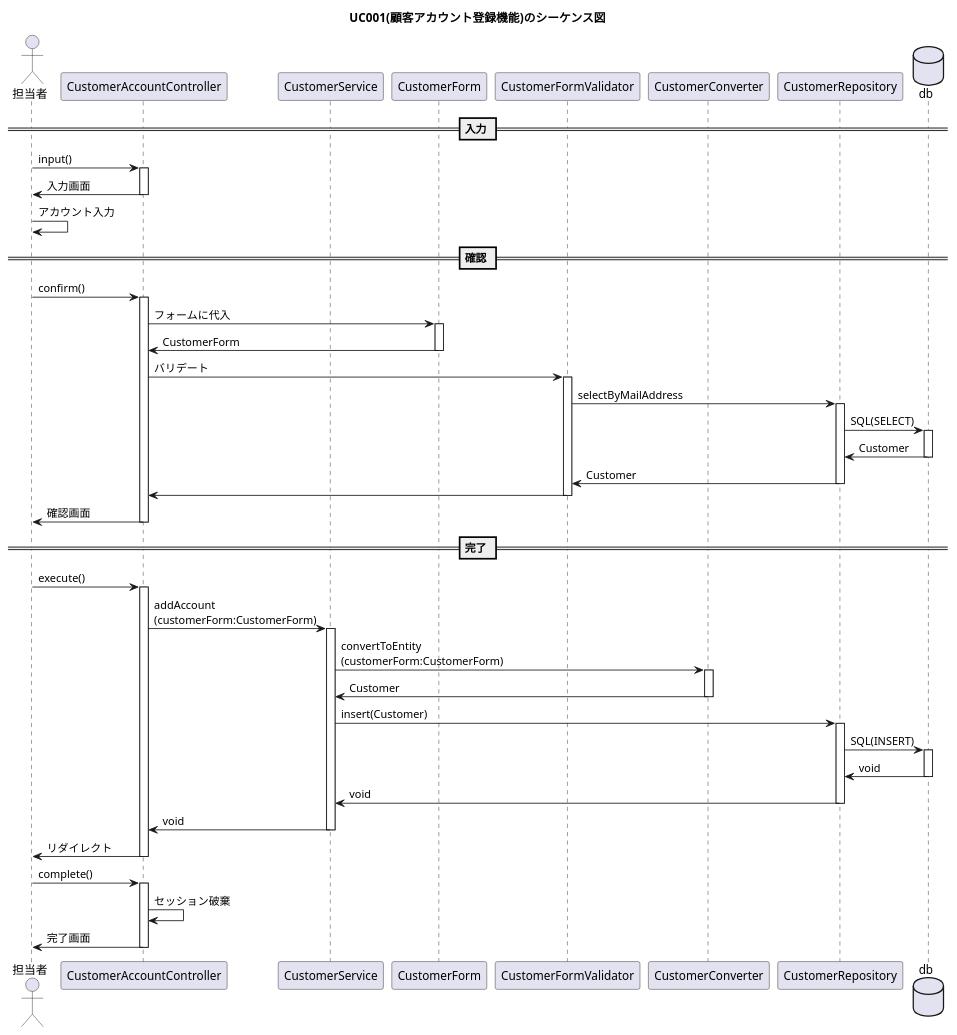
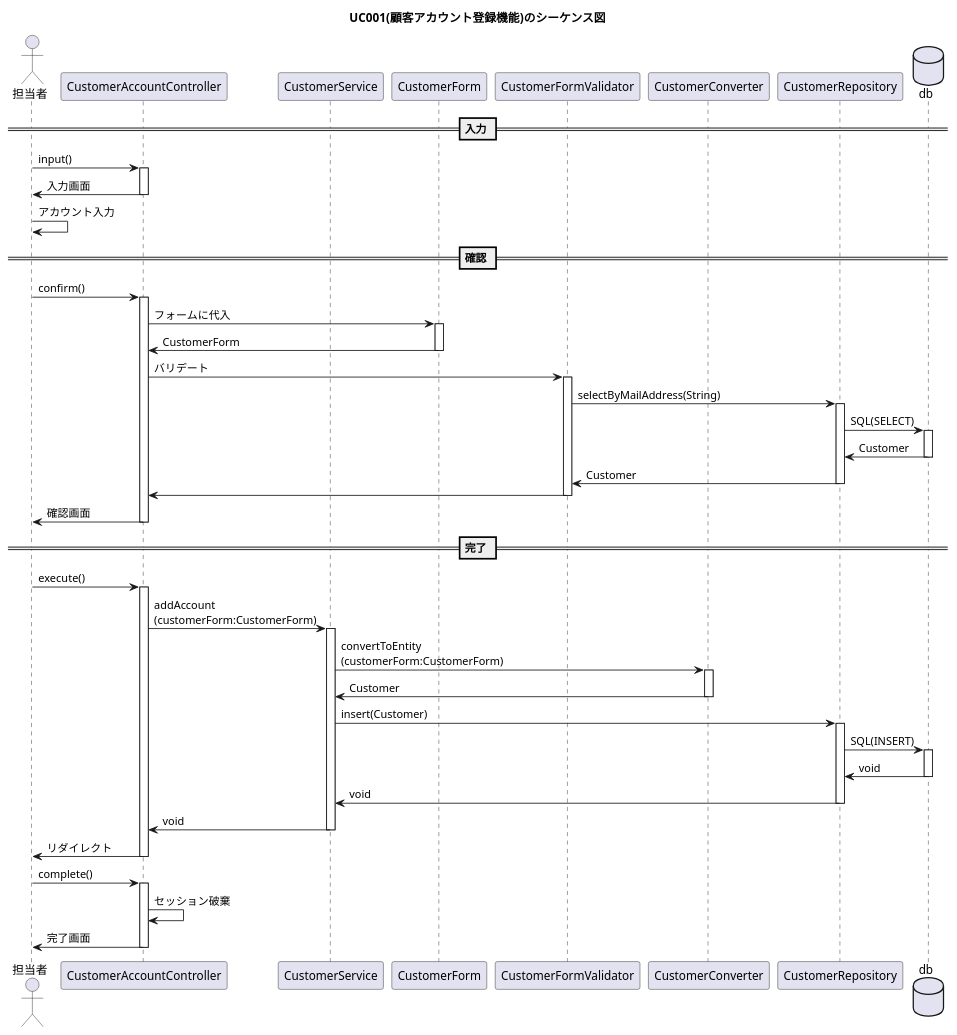
The diagram in plan/uml/sequence/2/uc001.plantuml (kanavii3333/ec-b), drawn with PlantUML before and after one commit. The commit also changed 6 other files, not shown here.

Commit message:
クラス図シーケンス図UC001～005まで確認修正

```diff
--- a/plan/uml/sequence/2/uc001.plantuml
+++ b/plan/uml/sequence/2/uc001.plantuml
@@ -1,41 +1,41 @@
 @startuml
 
 title UC001(顧客アカウント登録機能)のシーケンス図
 actor "担当者" as user
 participant "CustomerAccountController" as controller
 participant "CustomerService" as service
 participant "CustomerForm" as form
 participant "CustomerFormValidator" as validator
 participant "CustomerConverter" as helper
 participant "CustomerRepository" as repository
 database "db" as db
  == 入力 ==
 user -> controller++:input()
 controller -> user--:入力画面
 user -> user:アカウント入力 
  == 確認 ==
 user -> controller++:confirm()
 controller -> form++:フォームに代入
 form -> controller--:CustomerForm
 controller -> validator++:バリデート
-validator -> repository++:selectByMailAddress
+validator -> repository++:selectByMailAddress(String)
 repository -> db++:SQL(SELECT)
 repository <- db--:Customer
 validator <- repository--:Customer
 controller <- validator--
 controller -> user--:確認画面
  == 完了 ==
 user -> controller++:execute()
 controller -> service++:addAccount\n(customerForm:CustomerForm)
 service -> helper++:convertToEntity\n(customerForm:CustomerForm)
 helper -> service--:Customer
 service -> repository++:insert(Customer)
 repository -> db++:SQL(INSERT)
 db -> repository--:void
 repository -> service--:void
 service -> controller--:void
 controller -> user--:リダイレクト
 user -> controller++:complete()
 controller -> controller:セッション破棄
 controller -> user--:完了画面
 @enduml
```
